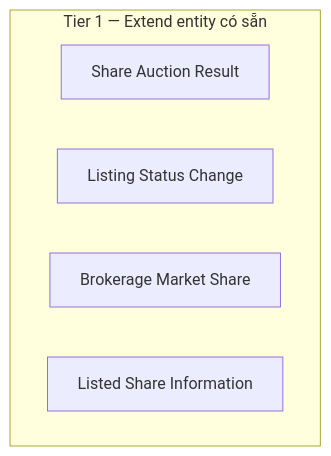
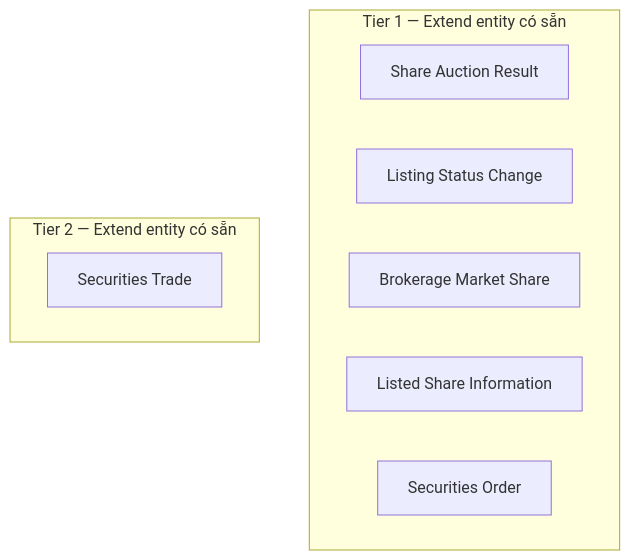
The first of 2 diagrams in DataModel/working/Atomic/hld/HOSE_HLD_Overview.md (linhlvit/ubck_atomic_design), drawn with Mermaid before and after one commit. The commit also changed other lines of this file and 98 other files, not shown here.

````diff
--- a/DataModel/working/Atomic/hld/HOSE_HLD_Overview.md
+++ b/DataModel/working/Atomic/hld/HOSE_HLD_Overview.md
@@ -24,9 +26,15 @@
 ```mermaid
 graph TD
     subgraph T1["Tier 1 — Extend entity có sẵn"]
         E1["Share Auction Result"]
         E2["Listing Status Change"]
         E3["Brokerage Market Share"]
         E4["Listed Share Information"]
+        E5["Securities Order"]
     end
+
+    subgraph T2["Tier 2 — Extend entity có sẵn"]
+        E6["Securities Trade"]
+    end
+
 ```
````
